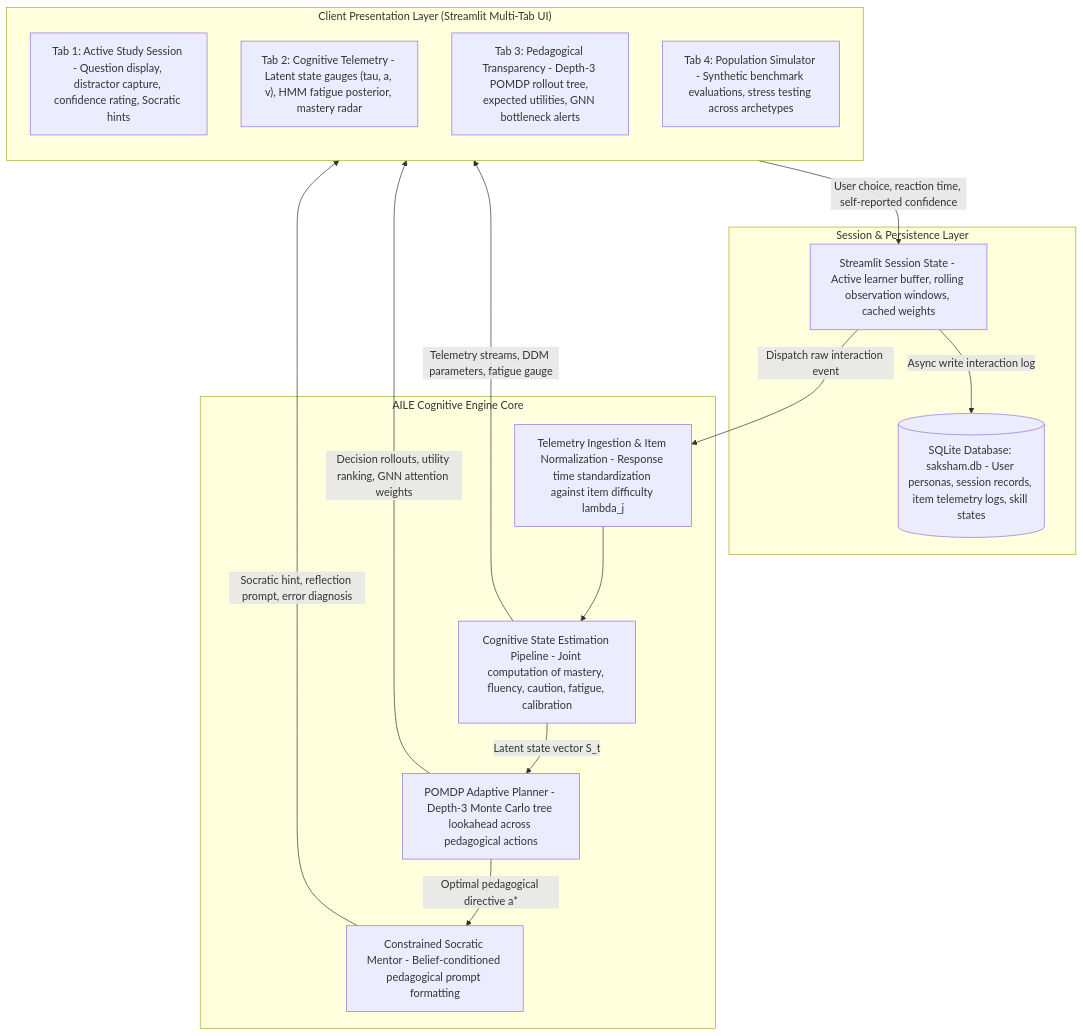
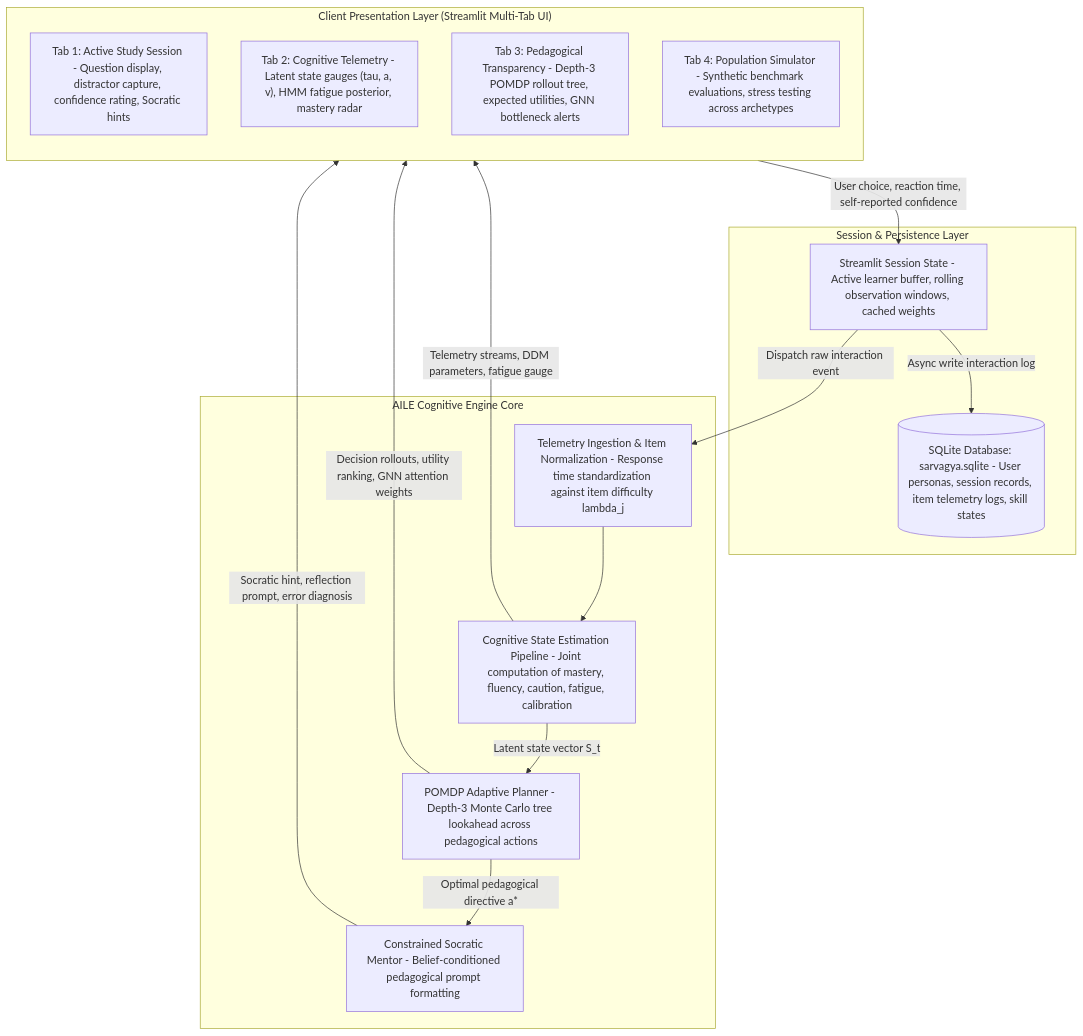
One commit to Shikharyadav25/Saksham-AI-for-Education changed the first of 2 diagrams in README.md. Above: the diagram before and after it, drawn with Mermaid. The commit also changed other lines of this file and 11 other files, not shown here.

Commit message:
feat: rebrand application to Sarvagya with custom CSS theme and add subject-based study session filtering

````diff
--- a/README.md
+++ b/README.md
@@ -54,32 +54,32 @@
 ```mermaid
 flowchart TD
     subgraph UI ["Client Presentation Layer (Streamlit Multi-Tab UI)"]
         direction TB
         Tab1["Tab 1: Active Study Session - Question display, distractor capture, confidence rating, Socratic hints"]
         Tab2["Tab 2: Cognitive Telemetry - Latent state gauges (tau, a, v), HMM fatigue posterior, mastery radar"]
         Tab3["Tab 3: Pedagogical Transparency - Depth-3 POMDP rollout tree, expected utilities, GNN bottleneck alerts"]
         Tab4["Tab 4: Population Simulator - Synthetic benchmark evaluations, stress testing across archetypes"]
     end
 
     subgraph State ["Session & Persistence Layer"]
         SState["Streamlit Session State - Active learner buffer, rolling observation windows, cached weights"]
-        SQLiteDB[("SQLite Database: saksham.db - User personas, session records, item telemetry logs, skill states")]
+        SQLiteDB[("SQLite Database: sarvagya.sqlite - User personas, session records, item telemetry logs, skill states")]
     end
 
     subgraph Engine ["AILE Cognitive Engine Core"]
         Ingest["Telemetry Ingestion & Item Normalization - Response time standardization against item difficulty lambda_j"]
         Pipeline["Cognitive State Estimation Pipeline - Joint computation of mastery, fluency, caution, fatigue, calibration"]
         Planner["POMDP Adaptive Planner - Depth-3 Monte Carlo tree lookahead across pedagogical actions"]
         Mentor["Constrained Socratic Mentor - Belief-conditioned pedagogical prompt formatting"]
     end
 
     Tab1 -->|"User choice, reaction time, self-reported confidence"| SState
     SState -->|"Async write interaction log"| SQLiteDB
     SState -->|"Dispatch raw interaction event"| Ingest
     Ingest --> Pipeline
     Pipeline -->|"Latent state vector S_t"| Planner
     Planner -->|"Optimal pedagogical directive a*"| Mentor
     Mentor -->|"Socratic hint, reflection prompt, error diagnosis"| Tab1
     Pipeline -->|"Telemetry streams, DDM parameters, fatigue gauge"| Tab2
     Planner -->|"Decision rollouts, utility ranking, GNN attention weights"| Tab3
 ```
````
